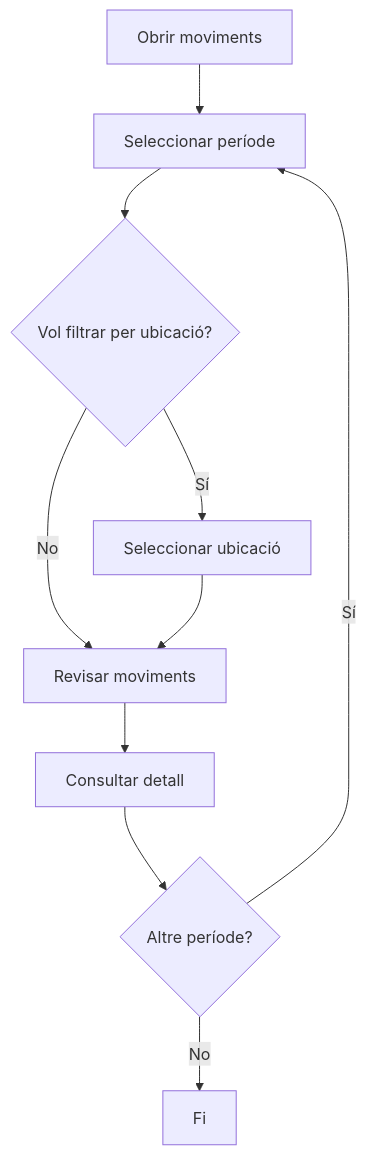
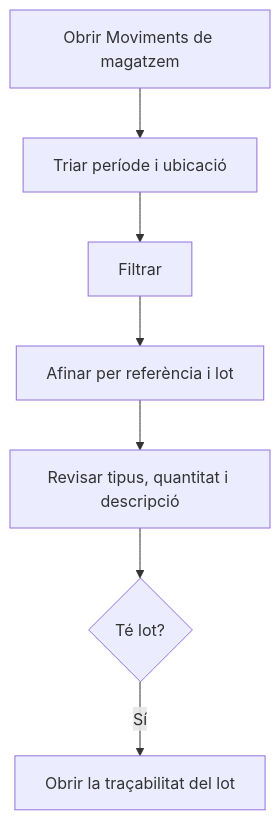
One commit to MGurtD/lilith changed the diagram in frontend/src/help/ca/warehouse/stockmovement/list.md. Above: the diagram before and after it, drawn with Mermaid. The commit also changed other lines of this file and 331 other files, not shown here.

````diff
--- a/frontend/src/help/ca/warehouse/stockmovement/list.md
+++ b/frontend/src/help/ca/warehouse/stockmovement/list.md
@@ -34,12 +49,9 @@
 ```mermaid
 flowchart TD
-    A[Obrir moviments] --> B[Seleccionar període]
-    B --> C{Vol filtrar per ubicació?}
-    C -->|Sí| D[Seleccionar ubicació]
-    C -->|No| E[Revisar moviments]
-    D --> E
-    E --> F[Consultar detall]
-    F --> G{Altre període?}
-    G -->|Sí| B
-    G -->|No| H[Fi]
+    A[Obrir Moviments de magatzem] --> B[Triar període i ubicació]
+    B --> C[Filtrar]
+    C --> D[Afinar per referència i lot]
+    D --> E[Revisar tipus, quantitat i descripció]
+    E --> F{Té lot?}
+    F -->|Sí| G[Obrir la traçabilitat del lot]
 ```
````
